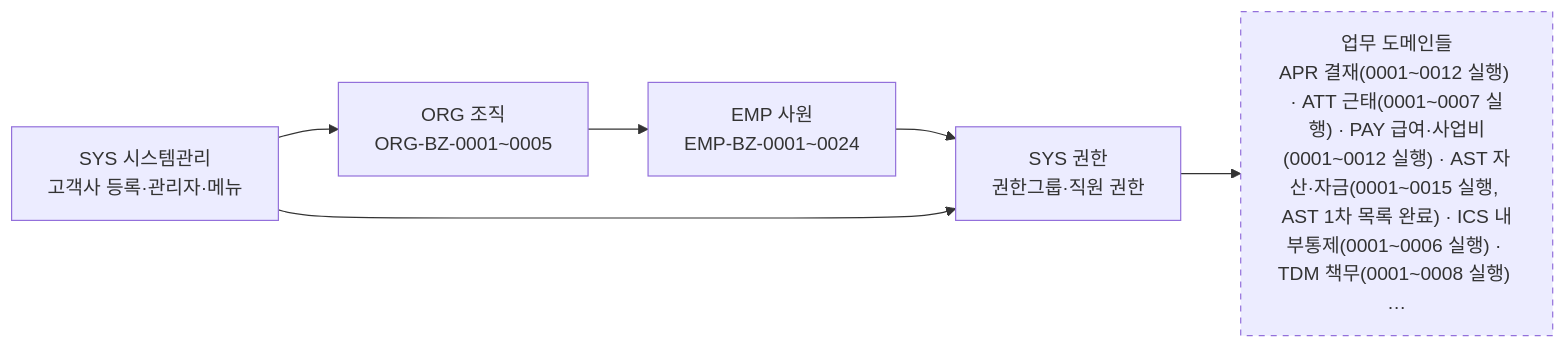
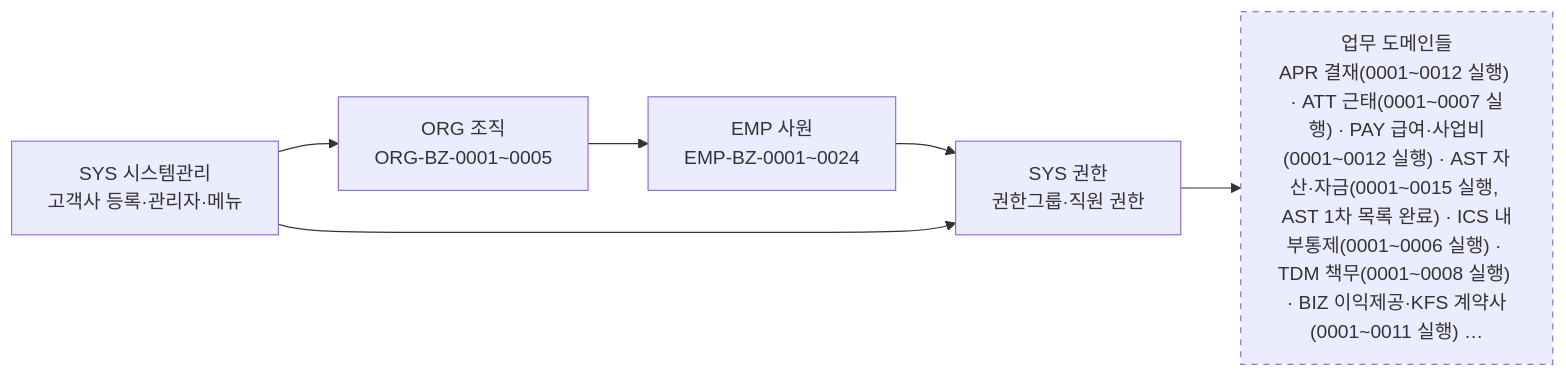
One commit to KimDoYoung/framework-sprt changed the diagram in AssetERP/docs/2-업무분석/biz-event/00-도메인Map.md. Above: the diagram before and after it, drawn with Mermaid.

Commit message:
업무분석 BIZ: 도메인 지도에 BIZ 추가

````diff
--- a/AssetERP/docs/2-업무분석/biz-event/00-도메인Map.md
+++ b/AssetERP/docs/2-업무분석/biz-event/00-도메인Map.md
@@ -6,14 +6,14 @@
 ```mermaid
 flowchart LR
     SYS["SYS 시스템관리<br/>고객사 등록·관리자·메뉴"]
     ORG["ORG 조직<br/>ORG-BZ-0001~0005"]
     EMP["EMP 사원<br/>EMP-BZ-0001~0024"]
     AUTH["SYS 권한<br/>권한그룹·직원 권한"]
-    WORK["업무 도메인들<br/>APR 결재(0001~0012 실행) · ATT 근태(0001~0007 실행) · PAY 급여·사업비(0001~0012 실행) · AST 자산·자금(0001~0015 실행, AST 1차 목록 완료) · ICS 내부통제(0001~0006 실행) · TDM 책무(0001~0008 실행) …"]
+    WORK["업무 도메인들<br/>APR 결재(0001~0012 실행) · ATT 근태(0001~0007 실행) · PAY 급여·사업비(0001~0012 실행) · AST 자산·자금(0001~0015 실행, AST 1차 목록 완료) · ICS 내부통제(0001~0006 실행) · TDM 책무(0001~0008 실행) · BIZ 이익제공·KFS 계약사(0001~0011 실행) …"]
 
     SYS --> ORG --> EMP --> AUTH --> WORK
     SYS --> AUTH
 
     classDef todo stroke-dasharray: 5 5
     class WORK todo
 ```
````
